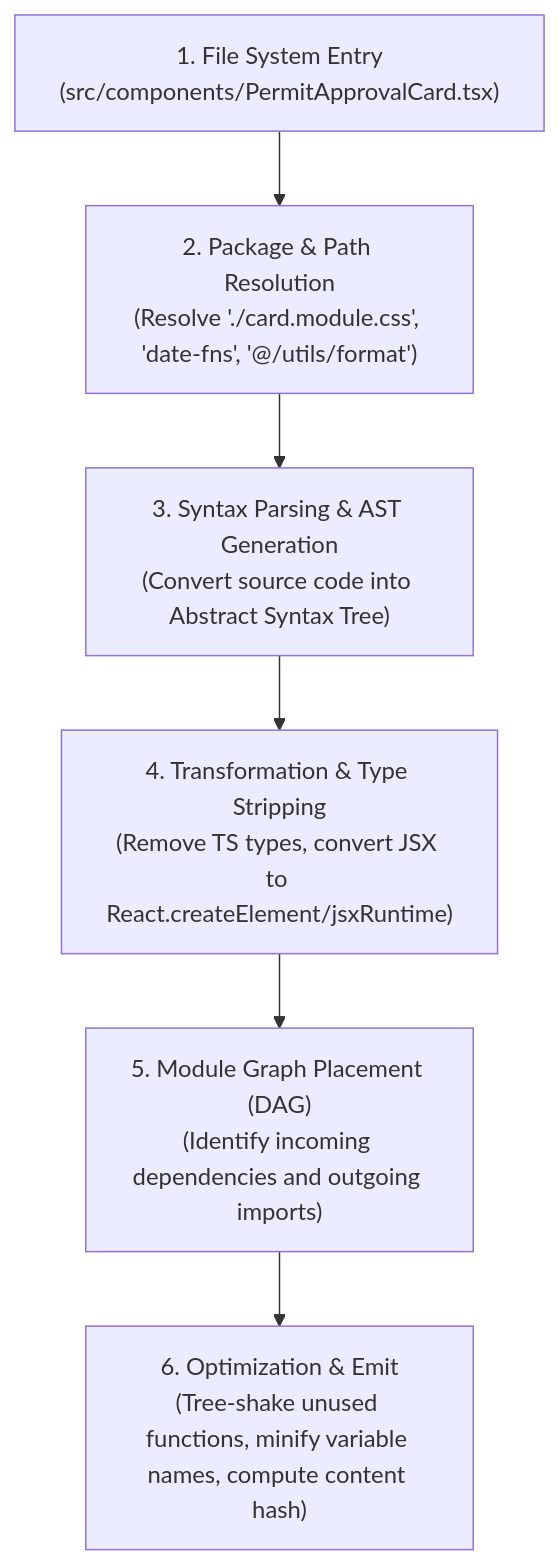
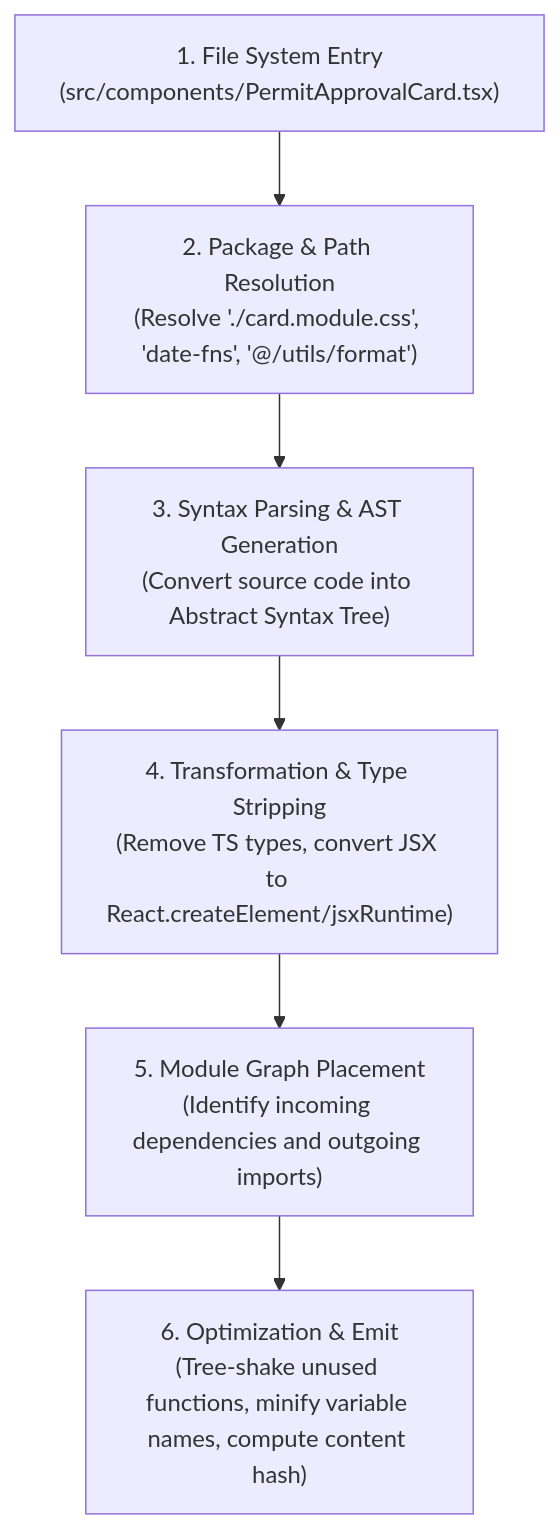
One commit to polla-fattah/frontend-book changed the second of 13 diagrams in content/book/Chapter_12_Modern_Build_Systems_Development_Tooling_and_Team_Workflows.md. Above: the diagram before and after it, drawn with Mermaid. The commit also changed other lines of this file, not shown here.

Commit message:
Fix Chapter 12: optional chaining and import() are native; module graph is not acyclic

````diff
--- a/content/book/Chapter_12_Modern_Build_Systems_Development_Tooling_and_Team_Workflows.md
+++ b/content/book/Chapter_12_Modern_Build_Systems_Development_Tooling_and_Team_Workflows.md
@@ -58,8 +58,8 @@
 ```mermaid
 flowchart TD
     A["1. File System Entry\n(src/components/PermitApprovalCard.tsx)"] --> B["2. Package & Path Resolution\n(Resolve './card.module.css', 'date-fns', '@/utils/format')"]
     B --> C["3. Syntax Parsing & AST Generation\n(Convert source code into Abstract Syntax Tree)"]
     C --> D["4. Transformation & Type Stripping\n(Remove TS types, convert JSX to React.createElement/jsxRuntime)"]
-    D --> E["5. Module Graph Placement (DAG)\n(Identify incoming dependencies and outgoing imports)"]
+    D --> E["5. Module Graph Placement\n(Identify incoming dependencies and outgoing imports)"]
     E --> F["6. Optimization & Emit\n(Tree-shake unused functions, minify variable names, compute content hash)"]
 ```
````
